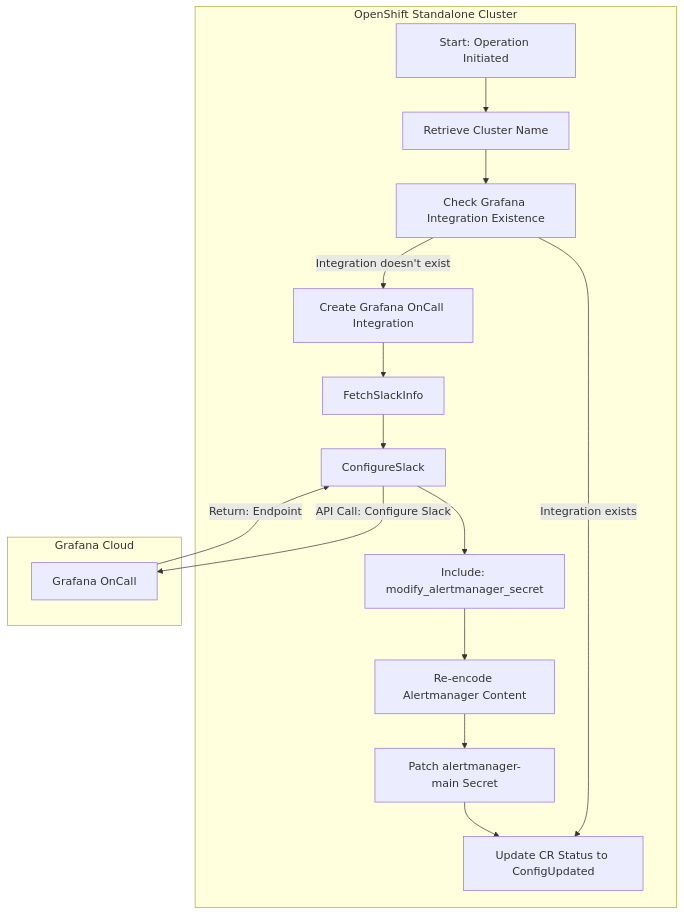
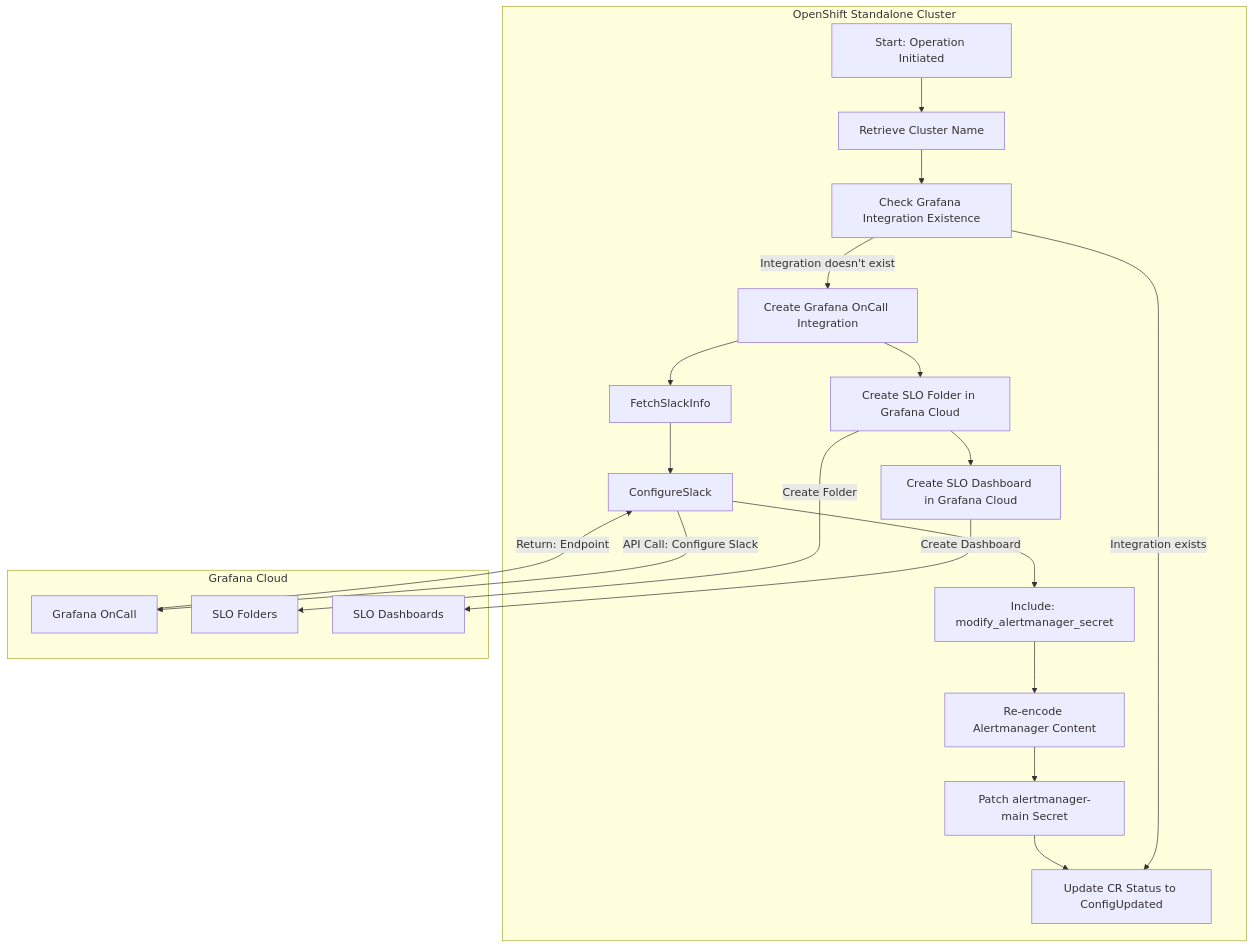
The second of 2 diagrams in README.md (stakater/grafana-cloud-ansible-operator), drawn with Mermaid before and after one commit.

````diff
--- a/README.md
+++ b/README.md
@@ -142,32 +142,40 @@
     ```mermaid
-    graph TD
+graph TD
 
     subgraph "OpenShift Standalone Cluster"
         Init[Start: Operation Initiated]
         GetClusterName[Retrieve Cluster Name]
         CheckIntegration[Check Grafana Integration Existence]
         CreateIntegration[Create Grafana OnCall Integration]
         ModSecret[Include: modify_alertmanager_secret]
         Reencode[Re-encode Alertmanager Content]
         PatchSecret[Patch alertmanager-main Secret]
         UpdateCR[Update CR Status to ConfigUpdated]
+        CreateSLOFolder[Create SLO Folder in Grafana Cloud]
+        CreateSLODashboard[Create SLO Dashboard in Grafana Cloud]
 
         Init --> GetClusterName
         GetClusterName --> CheckIntegration
         CheckIntegration -->|Integration doesn't exist| CreateIntegration
         CheckIntegration -->|Integration exists| UpdateCR
         CreateIntegration --> FetchSlackInfo
         FetchSlackInfo --> ConfigureSlack
         ConfigureSlack --> ModSecret
         ModSecret --> Reencode
         Reencode --> PatchSecret
         PatchSecret --> UpdateCR
+        CreateIntegration --> CreateSLOFolder
+        CreateSLOFolder --> CreateSLODashboard
     end
 
     subgraph "Grafana Cloud"
         GO[Grafana OnCall]
+        SLOFolders[SLO Folders]
+        SLODashboards[SLO Dashboards]
     end
 
     ConfigureSlack -->|API Call: Configure Slack| GO
     GO -->|Return: Endpoint| ConfigureSlack
+    CreateSLOFolder --> |Create Folder| SLOFolders
+    CreateSLODashboard --> |Create Dashboard| SLODashboards
     ```
````
